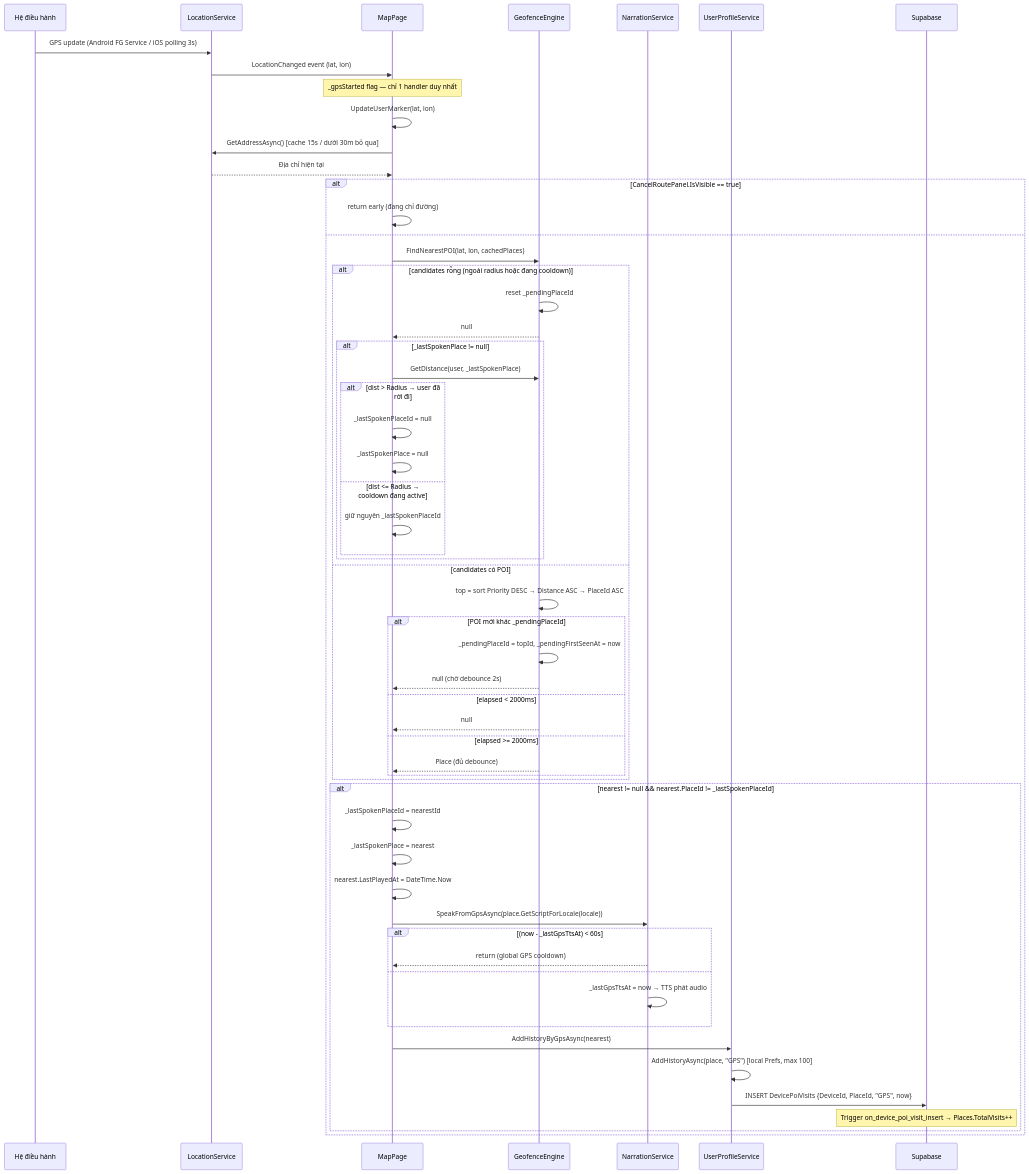
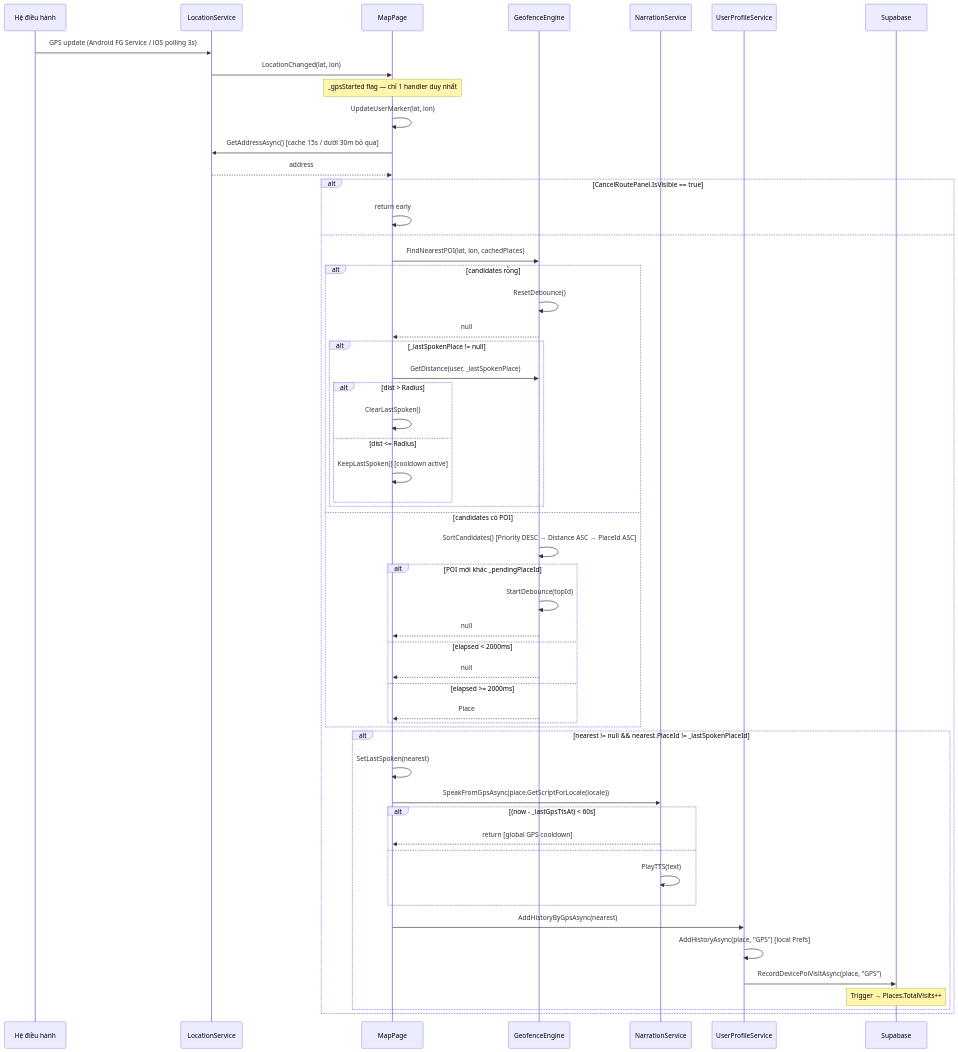
The ninth of 27 diagrams in PRD.md (MTai55/csharp), drawn with Mermaid before and after one commit. The commit also changed other lines of this file, not shown here.

Commit message:
Sửa Sequence trong prd

````diff
--- a/PRD.md
+++ b/PRD.md
@@ -1546,64 +1567,61 @@
 ```mermaid
 sequenceDiagram
     participant OS as Hệ điều hành
     participant LS as LocationService
     participant MapPage
     participant GE as GeofenceEngine
     participant NS as NarrationService
     participant UPS as UserProfileService
     participant Supabase
 
     OS->>LS: GPS update (Android FG Service / iOS polling 3s)
-    LS->>MapPage: LocationChanged event (lat, lon)
+    LS->>MapPage: LocationChanged(lat, lon)
     Note over MapPage: _gpsStarted flag — chỉ 1 handler duy nhất
 
     MapPage->>MapPage: UpdateUserMarker(lat, lon)
     MapPage->>LS: GetAddressAsync() [cache 15s / dưới 30m bỏ qua]
-    LS-->>MapPage: Địa chỉ hiện tại
+    LS-->>MapPage: address
 
     alt CancelRoutePanel.IsVisible == true
-        MapPage->>MapPage: return early (đang chỉ đường)
+        MapPage->>MapPage: return early
     else
         MapPage->>GE: FindNearestPOI(lat, lon, cachedPlaces)
 
-        alt candidates rỗng (ngoài radius hoặc đang cooldown)
-            GE->>GE: reset _pendingPlaceId
+        alt candidates rỗng
+            GE->>GE: ResetDebounce()
             GE-->>MapPage: null
             alt _lastSpokenPlace != null
                 MapPage->>GE: GetDistance(user, _lastSpokenPlace)
-                alt dist > Radius → user đã rời đi
-                    MapPage->>MapPage: _lastSpokenPlaceId = null
-                    MapPage->>MapPage: _lastSpokenPlace = null
-                else dist <= Radius → cooldown đang active
-                    MapPage->>MapPage: giữ nguyên _lastSpokenPlaceId
+                alt dist > Radius
+                    MapPage->>MapPage: ClearLastSpoken()
+                else dist <= Radius
+                    MapPage->>MapPage: KeepLastSpoken() [cooldown active]
                 end
             end
         else candidates có POI
-            GE->>GE: top = sort Priority DESC → Distance ASC → PlaceId ASC
+            GE->>GE: SortCandidates() [Priority DESC → Distance ASC → PlaceId ASC]
             alt POI mới khác _pendingPlaceId
-                GE->>GE: _pendingPlaceId = topId, _pendingFirstSeenAt = now
-                GE-->>MapPage: null (chờ debounce 2s)
+                GE->>GE: StartDebounce(topId)
+                GE-->>MapPage: null
             else elapsed < 2000ms
                 GE-->>MapPage: null
             else elapsed >= 2000ms
-                GE-->>MapPage: Place (đủ debounce)
+                GE-->>MapPage: Place
             end
         end
 
         alt nearest != null && nearest.PlaceId != _lastSpokenPlaceId
-            MapPage->>MapPage: _lastSpokenPlaceId = nearestId
-            MapPage->>MapPage: _lastSpokenPlace = nearest
-            MapPage->>MapPage: nearest.LastPlayedAt = DateTime.Now
+            MapPage->>MapPage: SetLastSpoken(nearest)
             MapPage->>NS: SpeakFromGpsAsync(place.GetScriptForLocale(locale))
             alt (now - _lastGpsTtsAt) < 60s
-                NS-->>MapPage: return (global GPS cooldown)
+                NS-->>MapPage: return [global GPS cooldown]
             else
-                NS->>NS: _lastGpsTtsAt = now → TTS phát audio
+                NS->>NS: PlayTTS(text)
             end
             MapPage->>UPS: AddHistoryByGpsAsync(nearest)
-            UPS->>UPS: AddHistoryAsync(place, "GPS") [local Prefs, max 100]
-            UPS->>Supabase: INSERT DevicePoiVisits {DeviceId, PlaceId, "GPS", now}
-            Note over Supabase: Trigger on_device_poi_visit_insert → Places.TotalVisits++
+            UPS->>UPS: AddHistoryAsync(place, "GPS") [local Prefs]
+            UPS->>Supabase: RecordDevicePoiVisitAsync(place, "GPS")
+            Note over Supabase: Trigger → Places.TotalVisits++
         end
     end
 ```
````
